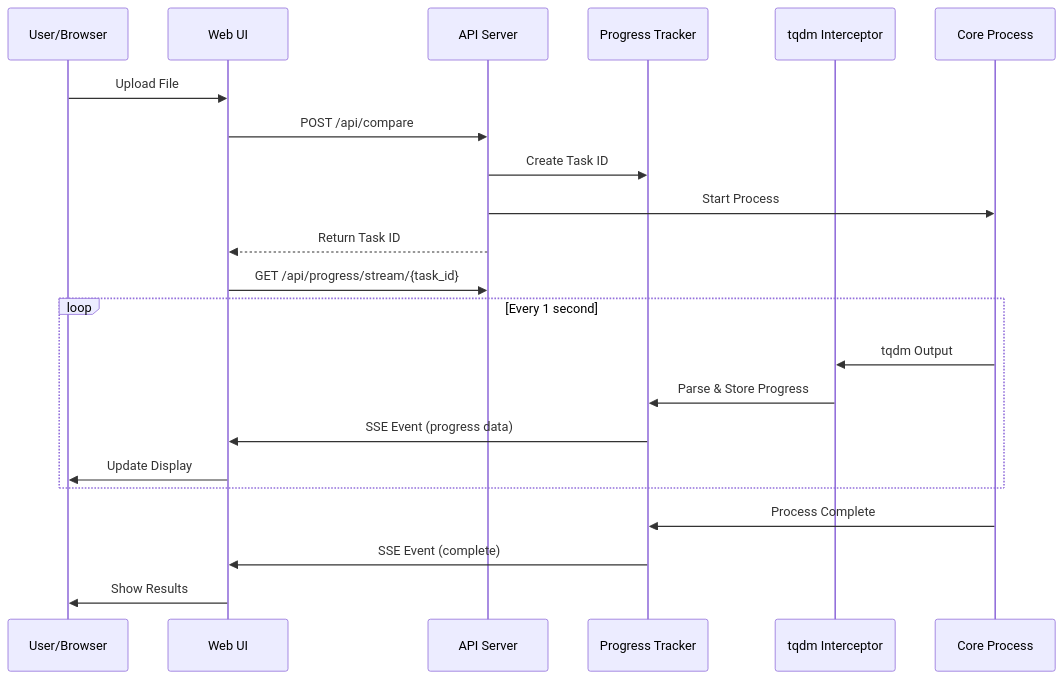
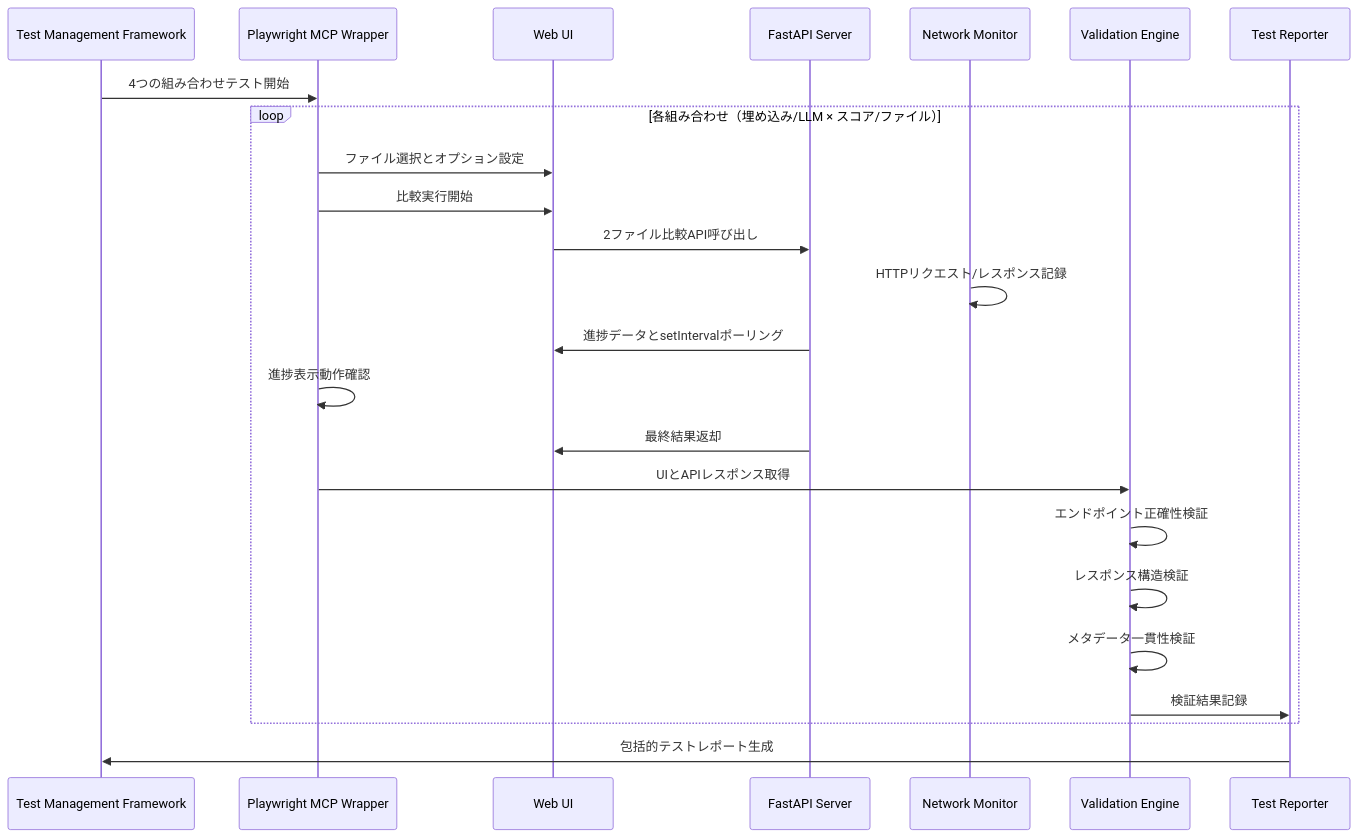
Before and after one commit to kabayan/json_compare: the second of 2 diagrams in .kiro/specs/webui-progress-display/design.md, drawn with Mermaid. The commit also changed other lines of this file and 46 other files, not shown here.

````diff
--- a/.kiro/specs/webui-progress-display/design.md
+++ b/.kiro/specs/webui-progress-display/design.md
@@ -82,27 +91,29 @@
 ```mermaid
 sequenceDiagram
-    participant U as User/Browser
-    participant W as Web UI
-    participant A as API Server
-    participant P as Progress Tracker
-    participant T as tqdm Interceptor
-    participant C as Core Process
+    participant TMF as Test Management Framework
+    participant PMW as Playwright MCP Wrapper
+    participant WebUI as Web UI
+    participant API as FastAPI Server
+    participant NM as Network Monitor
+    participant VE as Validation Engine
+    participant TR as Test Reporter
 
-    U->>W: Upload File
-    W->>A: POST /api/compare
-    A->>P: Create Task ID
-    A->>C: Start Process
-    A-->>W: Return Task ID
-    W->>A: GET /api/progress/stream/{task_id}
+    TMF->>PMW: 4つの組み合わせテスト開始
 
-    loop Every 1 second
-        C->>T: tqdm Output
-        T->>P: Parse & Store Progress
-        P->>W: SSE Event (progress data)
-        W->>U: Update Display
+    loop 各組み合わせ（埋め込み/LLM × スコア/ファイル）
+        PMW->>WebUI: ファイル選択とオプション設定
+        PMW->>WebUI: 比較実行開始
+        WebUI->>API: 2ファイル比較API呼び出し
+        NM->>NM: HTTPリクエスト/レスポンス記録
+        API->>WebUI: 進捗データとsetIntervalポーリング
+        PMW->>PMW: 進捗表示動作確認
+        API->>WebUI: 最終結果返却
+        PMW->>VE: UIとAPIレスポンス取得
+        VE->>VE: エンドポイント正確性検証
+        VE->>VE: レスポンス構造検証
+        VE->>VE: メタデータ一貫性検証
+        VE->>TR: 検証結果記録
     end
 
-    C->>P: Process Complete
-    P->>W: SSE Event (complete)
-    W->>U: Show Results
+    TR->>TMF: 包括的テストレポート生成
 ```
````
